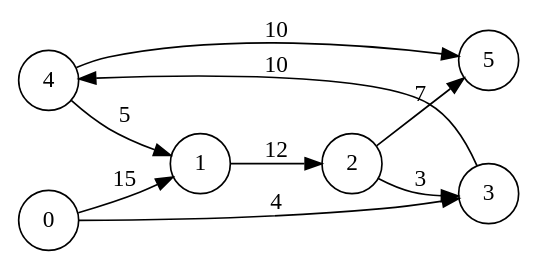
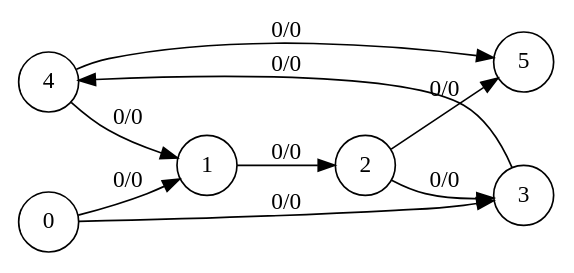
Before and after one commit to aurelienmichaud/ocaml-ford-fulkerson: the diagram in graphs/graph6.dot, drawn with Graphviz. The commit also changed 23 other files, not shown here.

Commit message:
repair export and tested flownet svg on flownet10

```diff
--- a/graphs/graph6.dot
+++ b/graphs/graph6.dot
@@ -1,13 +1,12 @@
 digraph finite_state_machine {
 	rankdir=LR;
-	size="8,5"
 	node [shape = circle];
-	4 -> 1 [ label = "5" ];
-	4 -> 5 [ label = "10" ];
-	2 -> 3 [ label = "3" ];
-	2 -> 5 [ label = "7" ];
-	3 -> 4 [ label = "10" ];
-	0 -> 3 [ label = "4" ];
-	0 -> 1 [ label = "15" ];
-	1 -> 2 [ label = "12" ];
+	4 -> 1 [ label = "0/0" ];
+	4 -> 5 [ label = "0/0" ];
+	2 -> 3 [ label = "0/0" ];
+	2 -> 5 [ label = "0/0" ];
+	3 -> 4 [ label = "0/0" ];
+	0 -> 3 [ label = "0/0" ];
+	0 -> 1 [ label = "0/0" ];
+	1 -> 2 [ label = "0/0" ];
 }
```
